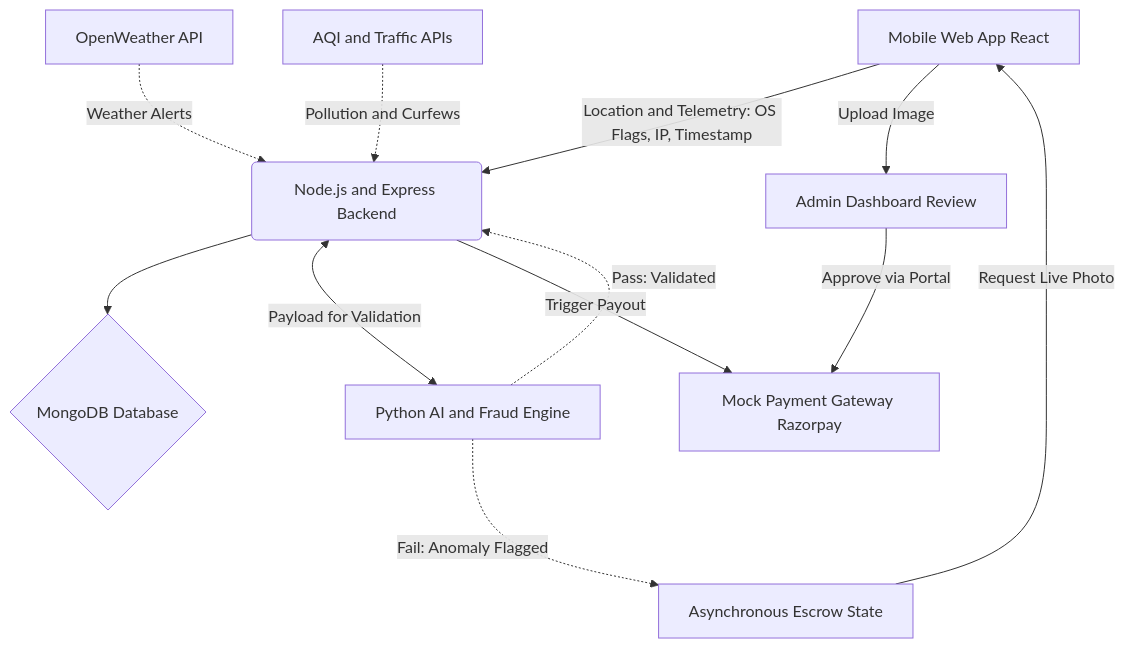
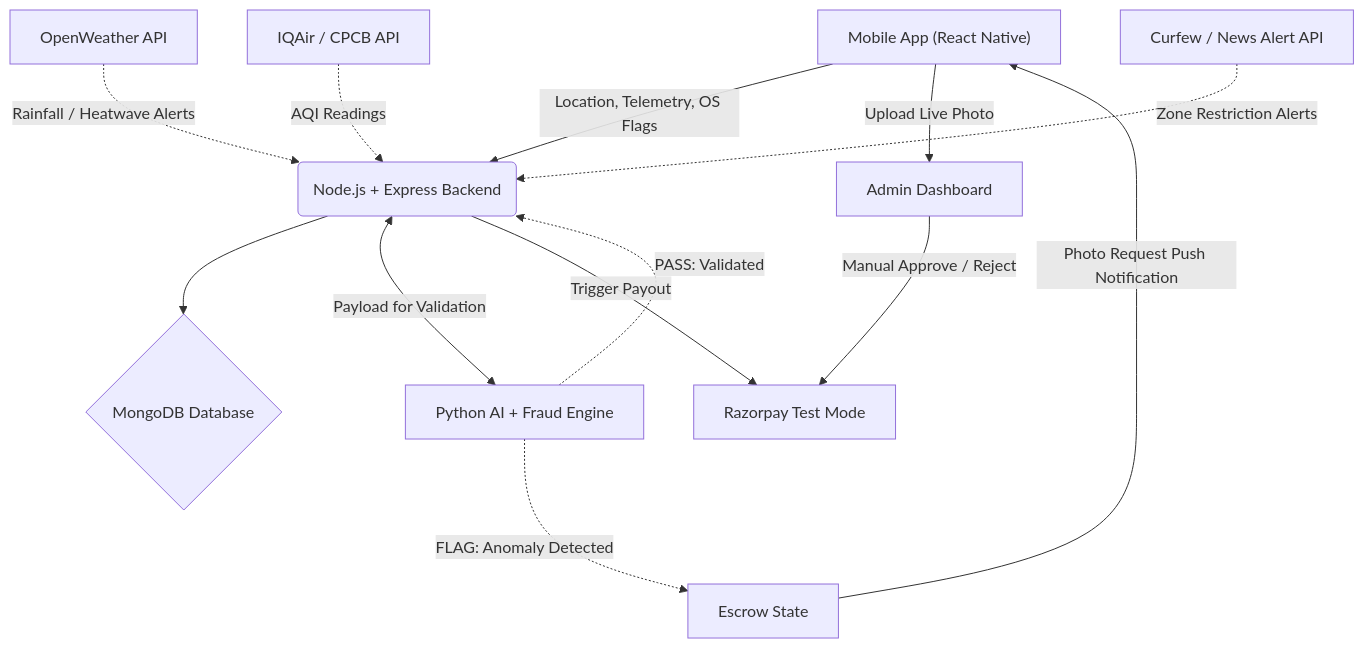
The diagram in README.md (Raghvendra-Chauhan/Gig_Insura), drawn with Mermaid before and after one commit. The commit also changed other lines of this file, not shown here.

````diff
--- a/README.md
+++ b/README.md
@@ -78,16 +191,17 @@
 ```mermaid
 graph TD
-    A["Mobile Web App React"] -->|Location and Telemetry: OS Flags, IP, Timestamp| B("Node.js and Express Backend")
+    A["Mobile App (React Native)"] -->|"Location, Telemetry, OS Flags"| B("Node.js + Express Backend")
     B --> C{"MongoDB Database"}
-    D["OpenWeather API"] -.->|Weather Alerts| B
-    E["AQI and Traffic APIs"] -.->|Pollution and Curfews| B
-    B <-->|Payload for Validation| F["Python AI and Fraud Engine"]
-    
-    F -.->|Pass: Validated| B
-    B -->|Trigger Payout| G["Mock Payment Gateway Razorpay"]
-    
-    F -.->|Fail: Anomaly Flagged| H["Asynchronous Escrow State"]
-    H -->|Request Live Photo| A
-    A -->|Upload Image| I["Admin Dashboard Review"]
-    I -->|Approve via Portal| G
+    D["OpenWeather API"] -.->|"Rainfall / Heatwave Alerts"| B
+    E["IQAir / CPCB API"] -.->|"AQI Readings"| B
+    F["Curfew / News Alert API"] -.->|"Zone Restriction Alerts"| B
+    B <-->|"Payload for Validation"| G["Python AI + Fraud Engine"]
+
+    G -.->|"PASS: Validated"| B
+    B -->|"Trigger Payout"| H["Razorpay Test Mode"]
+
+    G -.->|"FLAG: Anomaly Detected"| I["Escrow State"]
+    I -->|"Photo Request Push Notification"| A
+    A -->|"Upload Live Photo"| J["Admin Dashboard"]
+    J -->|"Manual Approve / Reject"| H
 ```
````
